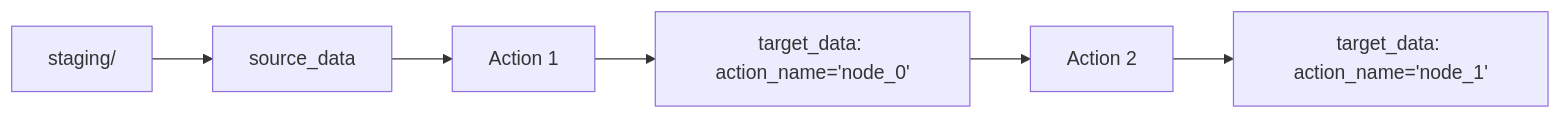
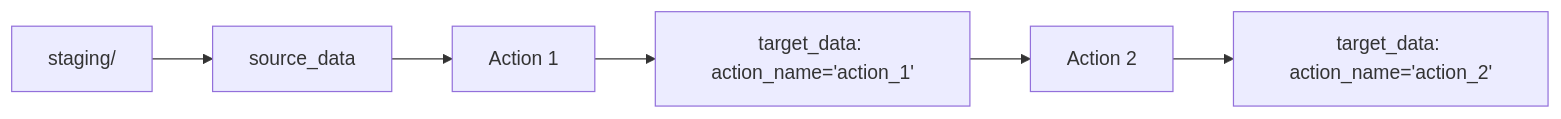
Before and after one commit to Muizzkolapo/agent-actions: the diagram in docs.agent-actions/docs/reference/data-io/index.md, drawn with Mermaid. The commit also changed other lines of this file and 62 other files, not shown here.

````diff
--- a/docs.agent-actions/docs/reference/data-io/index.md
+++ b/docs.agent-actions/docs/reference/data-io/index.md
@@ -85,8 +85,8 @@
 ```mermaid
 flowchart LR
     ST[staging/] --> SR[source_data]
     SR --> A1[Action 1]
-    A1 --> T1[target_data: action_name='node_0']
+    A1 --> T1[target_data: action_name='action_1']
     T1 --> A2[Action 2]
-    A2 --> T2[target_data: action_name='node_1']
+    A2 --> T2[target_data: action_name='action_2']
 ```
````
